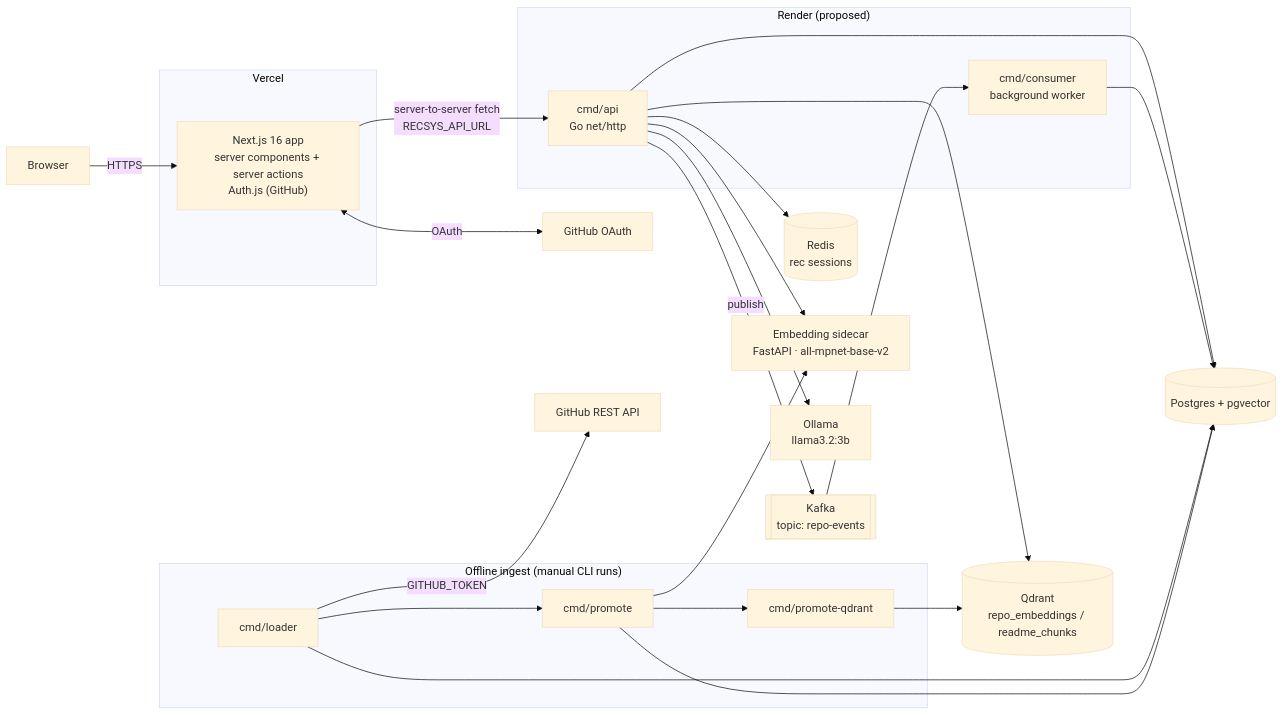
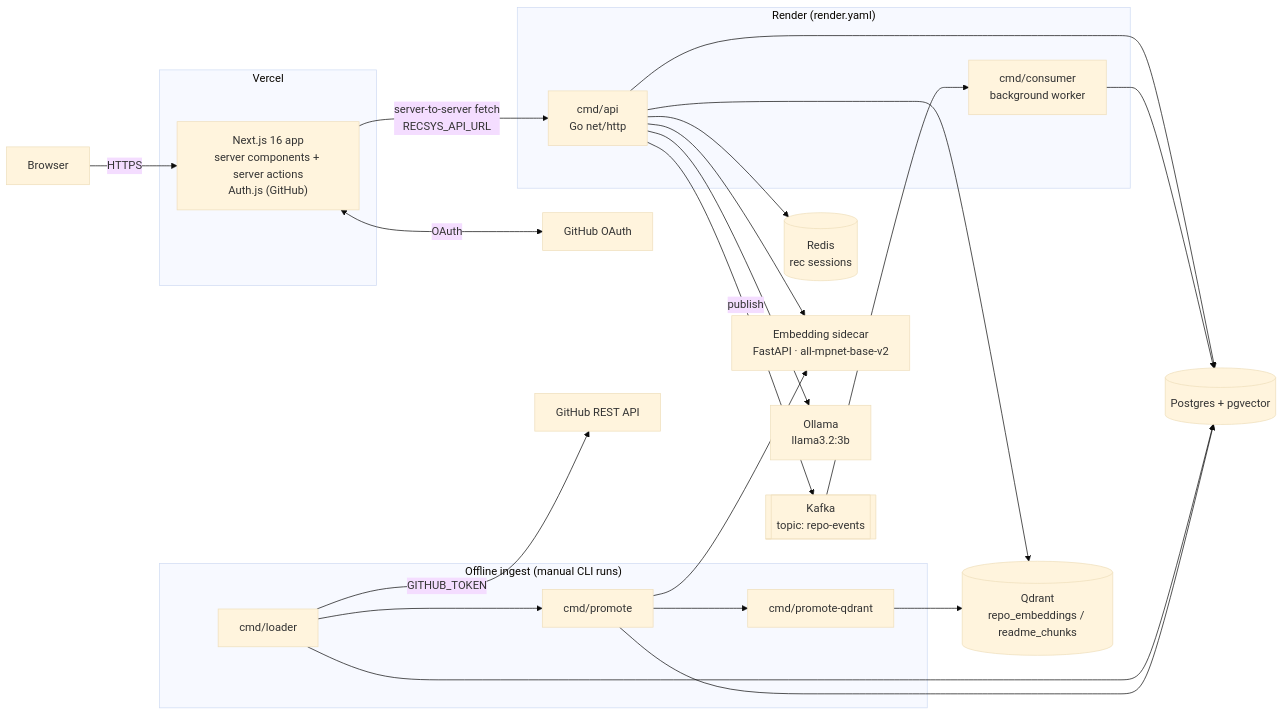
One commit to jasleenkdev/recsys-go changed the diagram in architecture.md. Above: the diagram before and after it, drawn with Mermaid (base theme). The commit also changed other lines of this file and 1 other file, not shown here.

Commit message:
add render.yaml and update architecture.md deployment section

````diff
--- a/architecture.md
+++ b/architecture.md
@@ -40,43 +40,43 @@
 ```mermaid
 flowchart LR
   U[Browser]
 
   subgraph Vercel
     FE["Next.js 16 app<br/>server components + server actions<br/>Auth.js (GitHub)"]
   end
 
   GH[GitHub OAuth]
 
-  subgraph Render["Render (proposed)"]
+  subgraph Render["Render (render.yaml)"]
     API["cmd/api<br/>Go net/http"]
     CON["cmd/consumer<br/>background worker"]
   end
 
   PG[("Postgres + pgvector")]
   RD[("Redis<br/>rec sessions")]
   KF[["Kafka<br/>topic: repo-events"]]
   QD[("Qdrant<br/>repo_embeddings / readme_chunks")]
   EMB["Embedding sidecar<br/>FastAPI · all-mpnet-base-v2"]
   OL["Ollama<br/>llama3.2:3b"]
 
   U -->|HTTPS| FE
   FE <-->|OAuth| GH
   FE -->|"server-to-server fetch<br/>RECSYS_API_URL"| API
   API --> PG
   API --> RD
   API --> QD
   API --> EMB
   API --> OL
   API -->|publish| KF
   KF --> CON
   CON --> PG
 
   subgraph Offline["Offline ingest (manual CLI runs)"]
     LD[cmd/loader] --> PR[cmd/promote] --> PQ[cmd/promote-qdrant]
   end
   LD -->|GITHUB_TOKEN| GHAPI[GitHub REST API]
   LD --> PG
   PR --> EMB
   PR --> PG
   PQ --> QD
 ```
````
